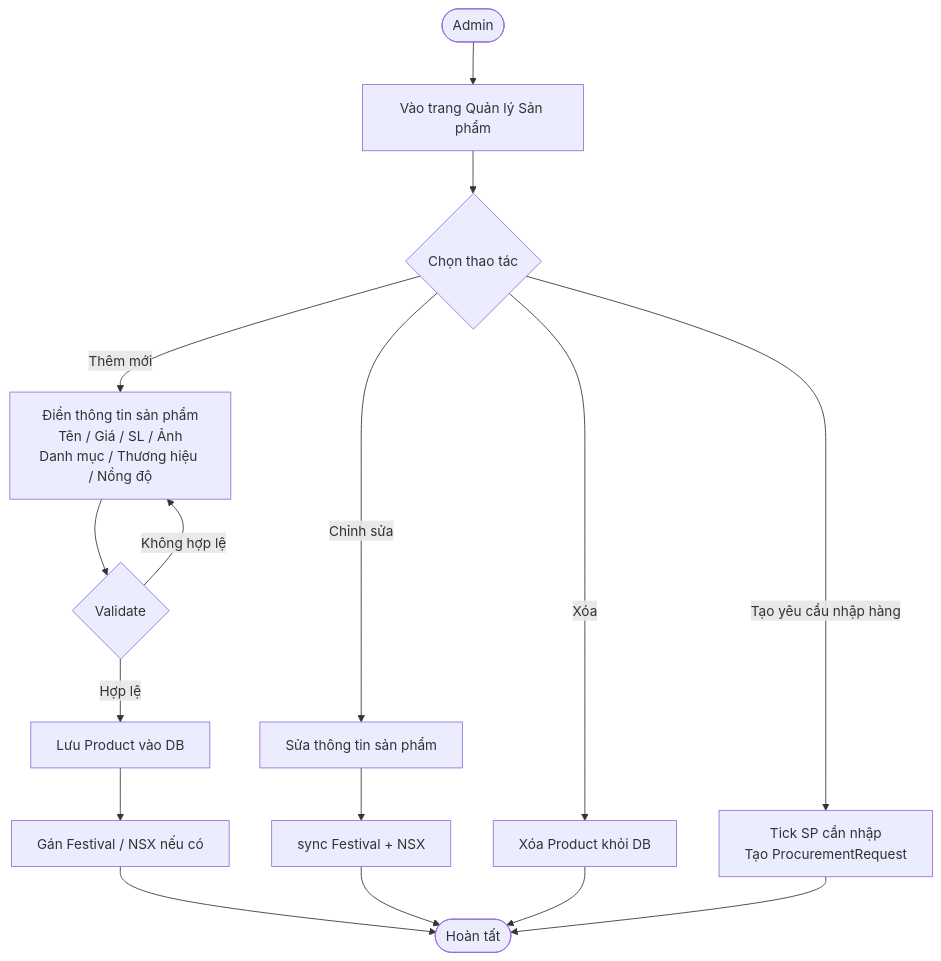
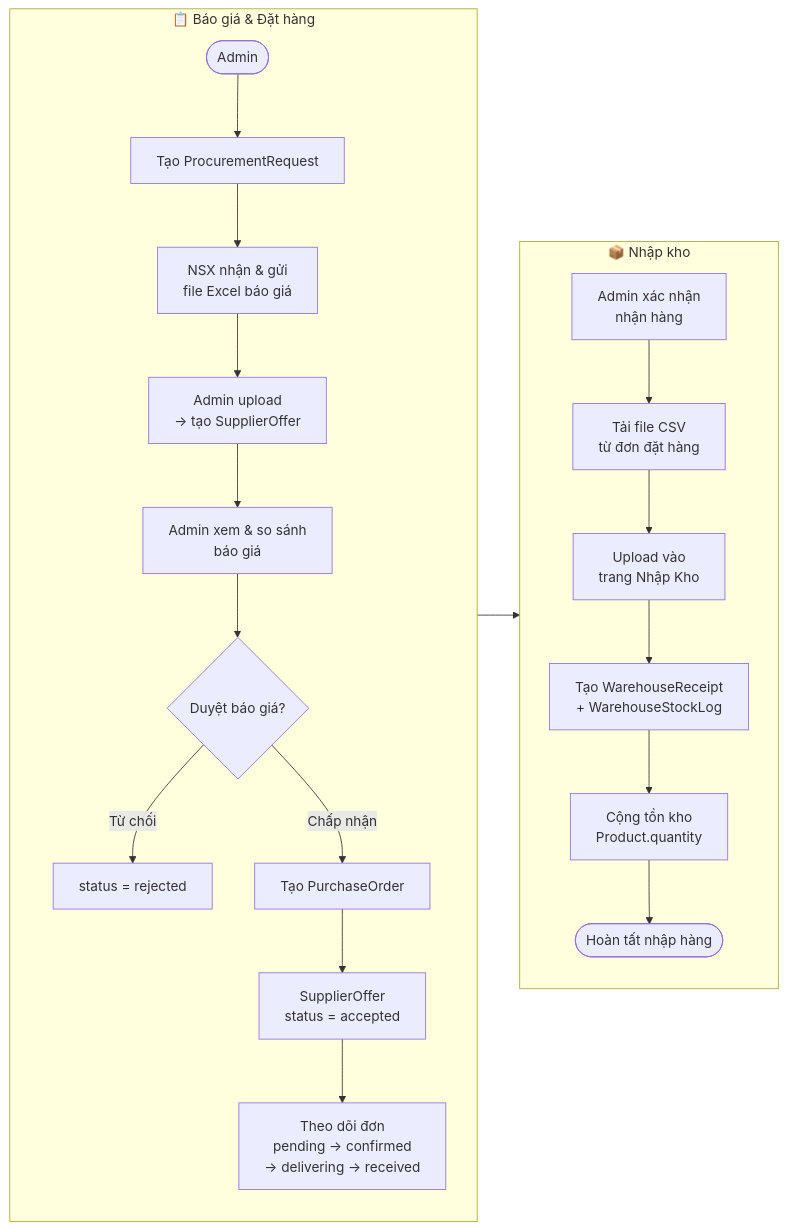
One commit to thien258/luanvantotnghiep changed diagram 15 of 18 in app/Http/doc/diagrams.md. Above: the diagram before and after it, drawn with Mermaid. The commit also changed other lines of this file and 27 other files, not shown here.

````diff
--- a/app/Http/doc/diagrams.md
+++ b/app/Http/doc/diagrams.md
@@ -526,15 +518,26 @@
 ```mermaid
-flowchart TD
-    A([Admin]) --> B[Vào trang Quản lý Sản phẩm]
-    B --> C{Chọn thao tác}
-    C -->|Thêm mới| D[Điền thông tin sản phẩm\nTên / Giá / SL / Ảnh\nDanh mục / Thương hiệu / Nồng độ]
-    D --> E{Validate}
-    E -->|Không hợp lệ| D
-    E -->|Hợp lệ| F[Lưu Product vào DB]
-    F --> G[Gán Festival / NSX nếu có]
-    C -->|Chỉnh sửa| H[Sửa thông tin sản phẩm]
-    H --> I[sync Festival + NSX]
-    C -->|Xóa| J[Xóa Product khỏi DB]
-    C -->|Tạo yêu cầu nhập hàng| K[Tick SP cần nhập\nTạo ProcurementRequest]
-    G & I & J & K --> L([Hoàn tất])
+flowchart LR
+    subgraph BAO_GIA ["📋 Báo giá & Đặt hàng"]
+        direction TB
+        A([Admin]) --> B[Tạo ProcurementRequest]
+        B --> C[NSX nhận & gửi\nfile Excel báo giá]
+        C --> D[Admin upload\n→ tạo SupplierOffer]
+        D --> E[Admin xem & so sánh\nbáo giá]
+        E --> F{Duyệt báo giá?}
+        F -->|Từ chối| G[status = rejected]
+        F -->|Chấp nhận| H[Tạo PurchaseOrder]
+        H --> I[SupplierOffer\nstatus = accepted]
+        I --> J[Theo dõi đơn\npending → confirmed\n→ delivering → received]
+    end
+
+    subgraph NHAP_KHO ["📦 Nhập kho"]
+        direction TB
+        K[Admin xác nhận\nnhận hàng] --> L[Tải file CSV\ntừ đơn đặt hàng]
+        L --> M[Upload vào\ntrang Nhập Kho]
+        M --> N[Tạo WarehouseReceipt\n+ WarehouseStockLog]
+        N --> O[Cộng tồn kho\nProduct.quantity]
+        O --> P([Hoàn tất nhập hàng])
+    end
+
+    BAO_GIA --> NHAP_KHO
 ```
````
